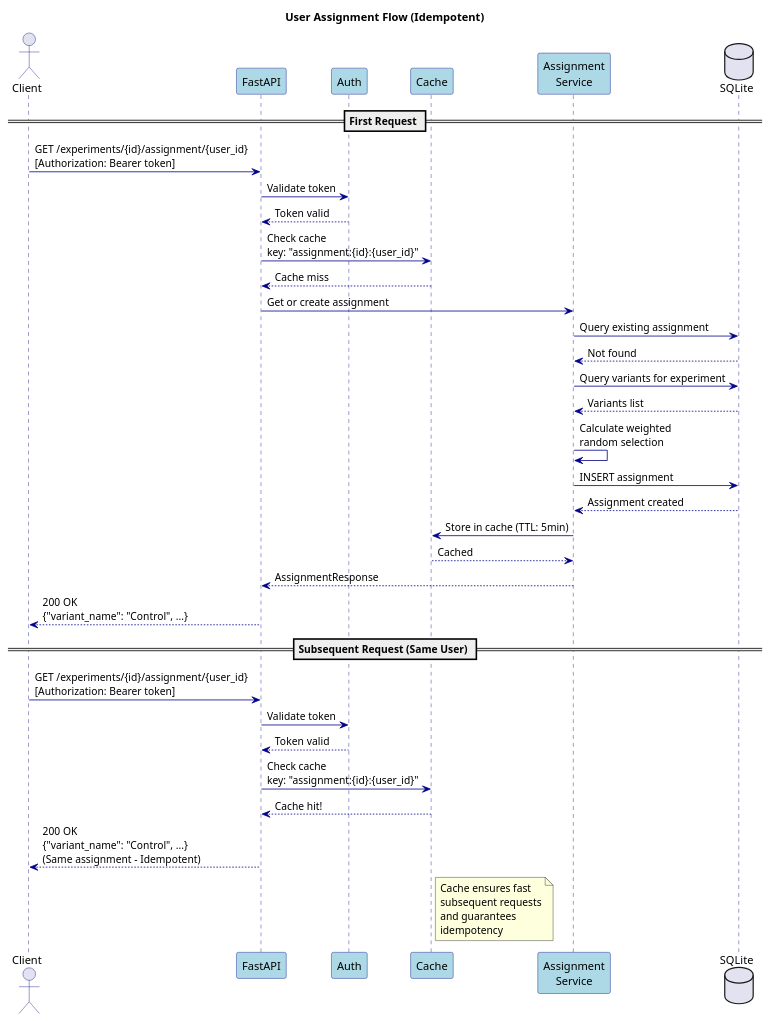
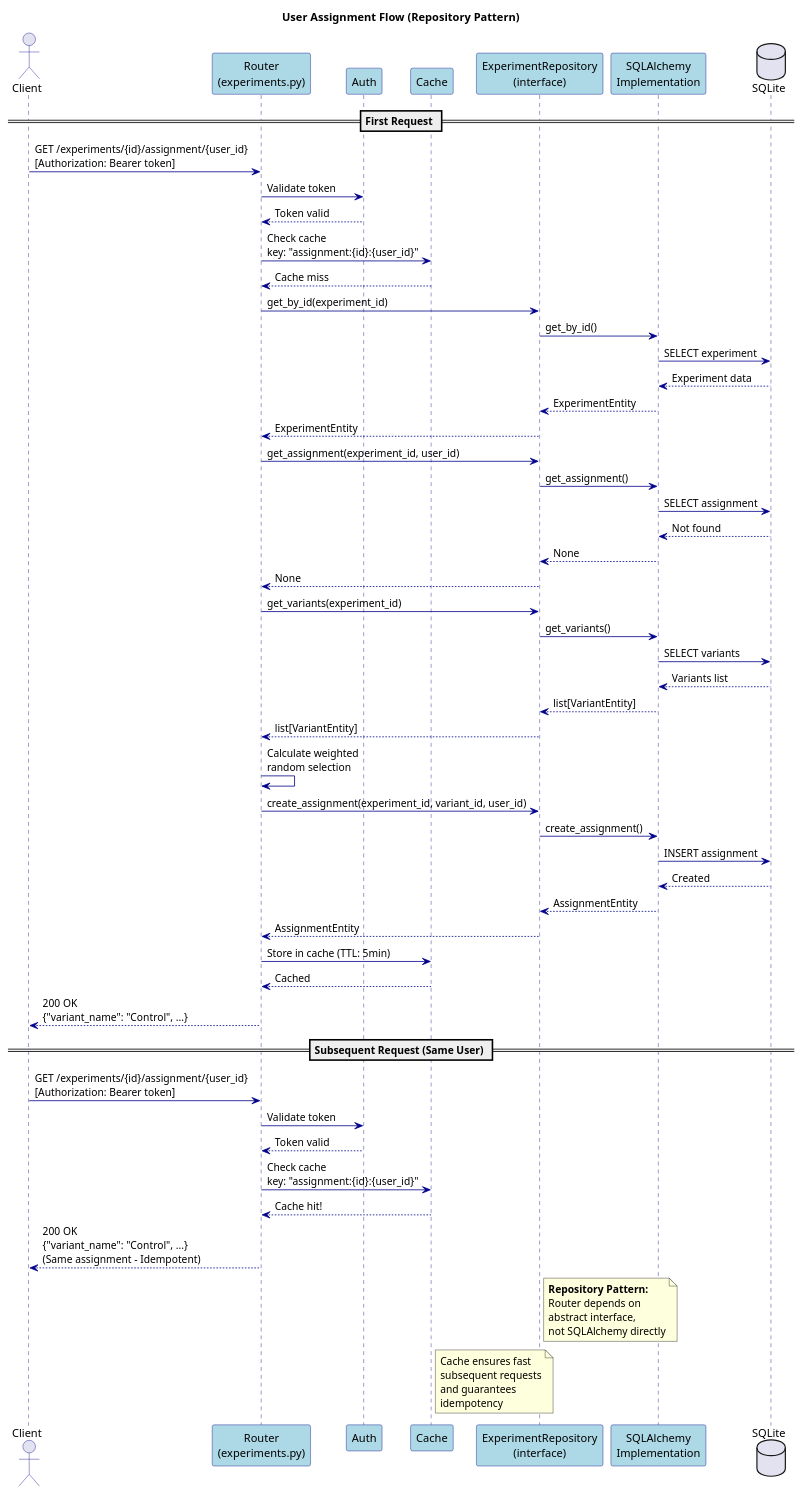
The diagram in docs/diagrams/assignment-sequence.puml (huangyingw/neonblue_ab_testing_api), drawn with PlantUML before and after one commit. The commit also changed 3 other files, not shown here.

First line of the commit message:
Update PlantUML diagrams for Repository pattern

```diff
--- a/docs/diagrams/assignment-sequence.puml
+++ b/docs/diagrams/assignment-sequence.puml
@@ -1,66 +1,91 @@
 @startuml Assignment Sequence
 
 skinparam backgroundColor white
 skinparam sequence {
     ArrowColor DarkBlue
     ActorBorderColor DarkBlue
     LifeLineBorderColor DarkBlue
     ParticipantBackgroundColor LightBlue
     ParticipantBorderColor DarkBlue
 }
 
-title User Assignment Flow (Idempotent)
+title User Assignment Flow (Repository Pattern)
 
 actor Client
-participant "FastAPI" as API
+participant "Router\n(experiments.py)" as Router
 participant "Auth" as Auth
 participant "Cache" as Cache
-participant "Assignment\nService" as Service
+participant "ExperimentRepository\n(interface)" as Repo
+participant "SQLAlchemy\nImplementation" as Impl
 database "SQLite" as DB
 
 == First Request ==
 
-Client -> API : GET /experiments/{id}/assignment/{user_id}\n[Authorization: Bearer token]
-API -> Auth : Validate token
-Auth --> API : Token valid
+Client -> Router : GET /experiments/{id}/assignment/{user_id}\n[Authorization: Bearer token]
+Router -> Auth : Validate token
+Auth --> Router : Token valid
 
-API -> Cache : Check cache\nkey: "assignment:{id}:{user_id}"
-Cache --> API : Cache miss
+Router -> Cache : Check cache\nkey: "assignment:{id}:{user_id}"
+Cache --> Router : Cache miss
 
-API -> Service : Get or create assignment
-Service -> DB : Query existing assignment
-DB --> Service : Not found
+Router -> Repo : get_by_id(experiment_id)
+Repo -> Impl : get_by_id()
+Impl -> DB : SELECT experiment
+DB --> Impl : Experiment data
+Impl --> Repo : ExperimentEntity
+Repo --> Router : ExperimentEntity
 
-Service -> DB : Query variants for experiment
-DB --> Service : Variants list
+Router -> Repo : get_assignment(experiment_id, user_id)
+Repo -> Impl : get_assignment()
+Impl -> DB : SELECT assignment
+DB --> Impl : Not found
+Impl --> Repo : None
+Repo --> Router : None
 
-Service -> Service : Calculate weighted\nrandom selection
+Router -> Repo : get_variants(experiment_id)
+Repo -> Impl : get_variants()
+Impl -> DB : SELECT variants
+DB --> Impl : Variants list
+Impl --> Repo : list[VariantEntity]
+Repo --> Router : list[VariantEntity]
 
-Service -> DB : INSERT assignment
-DB --> Service : Assignment created
+Router -> Router : Calculate weighted\nrandom selection
 
-Service -> Cache : Store in cache (TTL: 5min)
-Cache --> Service : Cached
+Router -> Repo : create_assignment(experiment_id, variant_id, user_id)
+Repo -> Impl : create_assignment()
+Impl -> DB : INSERT assignment
+DB --> Impl : Created
+Impl --> Repo : AssignmentEntity
+Repo --> Router : AssignmentEntity
 
-Service --> API : AssignmentResponse
-API --> Client : 200 OK\n{"variant_name": "Control", ...}
+Router -> Cache : Store in cache (TTL: 5min)
+Cache --> Router : Cached
+
+Router --> Client : 200 OK\n{"variant_name": "Control", ...}
 
 == Subsequent Request (Same User) ==
 
-Client -> API : GET /experiments/{id}/assignment/{user_id}\n[Authorization: Bearer token]
-API -> Auth : Validate token
-Auth --> API : Token valid
+Client -> Router : GET /experiments/{id}/assignment/{user_id}\n[Authorization: Bearer token]
+Router -> Auth : Validate token
+Auth --> Router : Token valid
 
-API -> Cache : Check cache\nkey: "assignment:{id}:{user_id}"
-Cache --> API : Cache hit!
+Router -> Cache : Check cache\nkey: "assignment:{id}:{user_id}"
+Cache --> Router : Cache hit!
 
-API --> Client : 200 OK\n{"variant_name": "Control", ...}\n(Same assignment - Idempotent)
+Router --> Client : 200 OK\n{"variant_name": "Control", ...}\n(Same assignment - Idempotent)
+
+note right of Repo
+  **Repository Pattern:**
+  Router depends on
+  abstract interface,
+  not SQLAlchemy directly
+end note
 
 note right of Cache
   Cache ensures fast
   subsequent requests
   and guarantees
   idempotency
 end note
 
 @enduml
```
